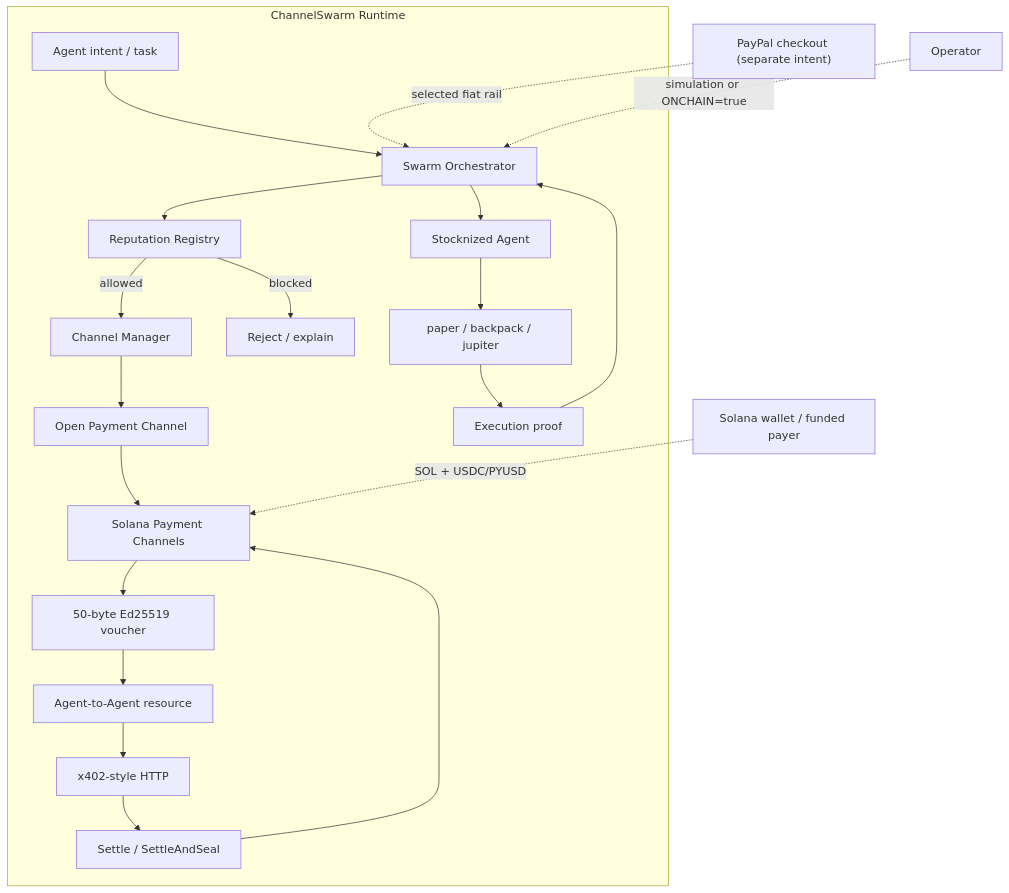
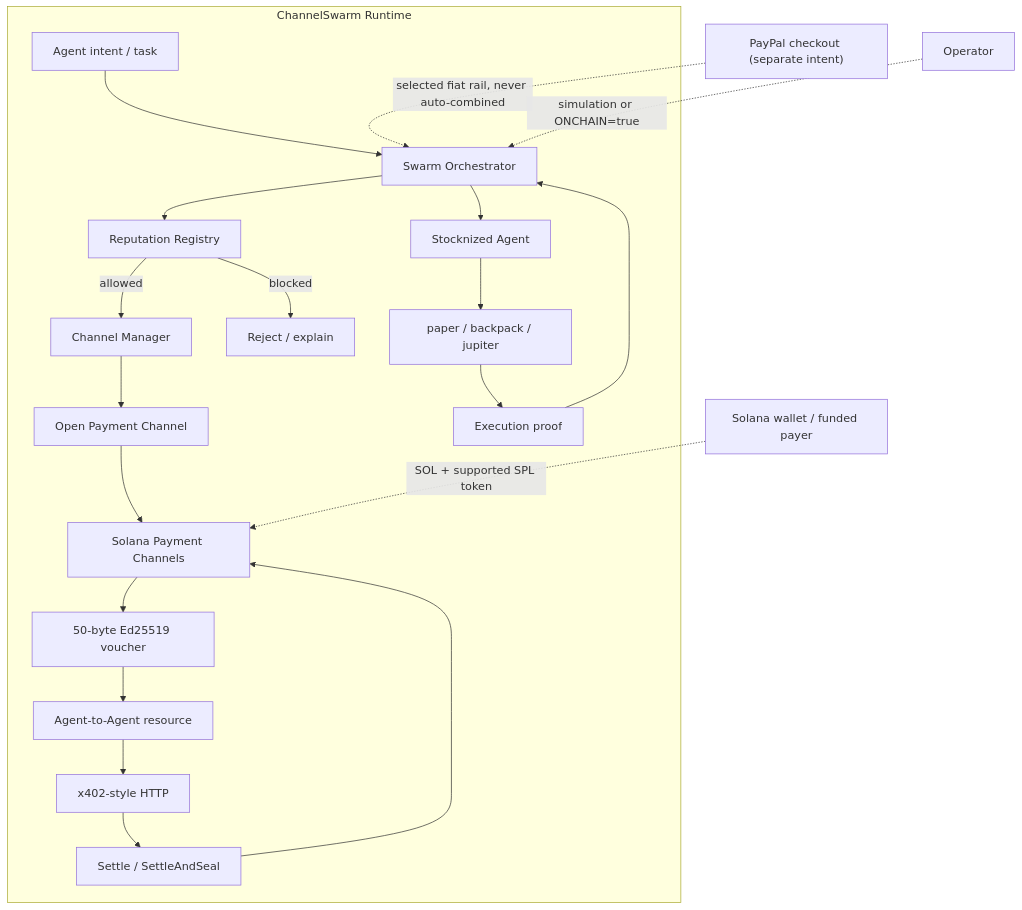
One commit to wadezigh96/Channel_Swarm changed the diagram in README.md. Above: the diagram before and after it, drawn with Mermaid. The commit also changed other lines of this file and 7 other files, not shown here.

Commit message:
Tighten PayPal live guard and clarify demo claims

````diff
--- a/README.md
+++ b/README.md
@@ -59,27 +59,27 @@
 ```mermaid
 flowchart TB
     subgraph ChannelSwarm["ChannelSwarm Runtime"]
         U["Agent intent / task"] --> O["Swarm Orchestrator"]
         O --> REP["Reputation Registry"]
         REP -->|allowed| CM["Channel Manager"]
         REP -->|blocked| X["Reject / explain"]
 
         CM --> OPEN["Open Payment Channel"]
         OPEN --> PC["Solana Payment Channels"]
         PC --> V["50-byte Ed25519 voucher"]
 
         V --> A["Agent-to-Agent resource"]
         A --> X402["x402-style HTTP"]
         X402 --> SET["Settle / SettleAndSeal"]
         SET --> PC
 
         O --> STOCK["Stocknized Agent"]
         STOCK --> EXEC["paper / backpack / jupiter"]
         EXEC --> PROOF["Execution proof"]
         PROOF --> O
     end
 
-    SOL["Solana wallet / funded payer"] -.->|SOL + USDC/PYUSD| PC
-    PAYPAL["PayPal checkout (separate intent)"] -.->|selected fiat rail| O
+    SOL["Solana wallet / funded payer"] -.->|SOL + supported SPL token| PC
+    PAYPAL["PayPal checkout (separate intent)"] -.->|selected fiat rail, never auto-combined| O
     USER["Operator"] -.->|simulation or ONCHAIN=true| O
 ```
````
